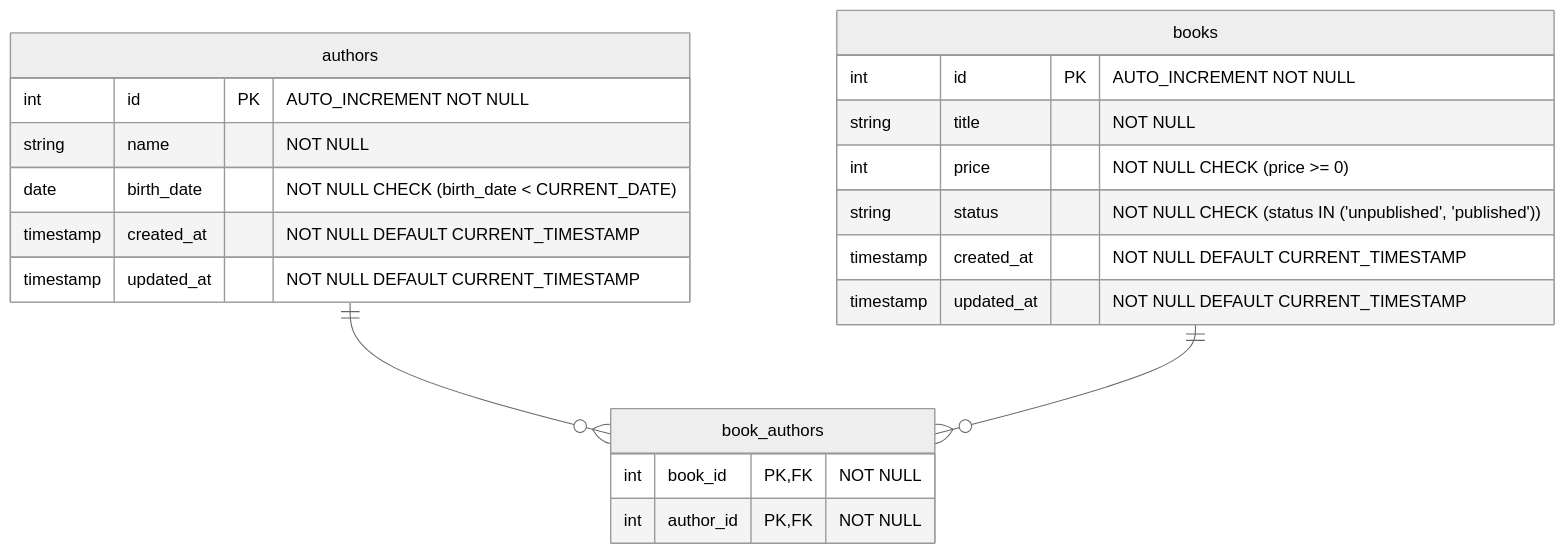
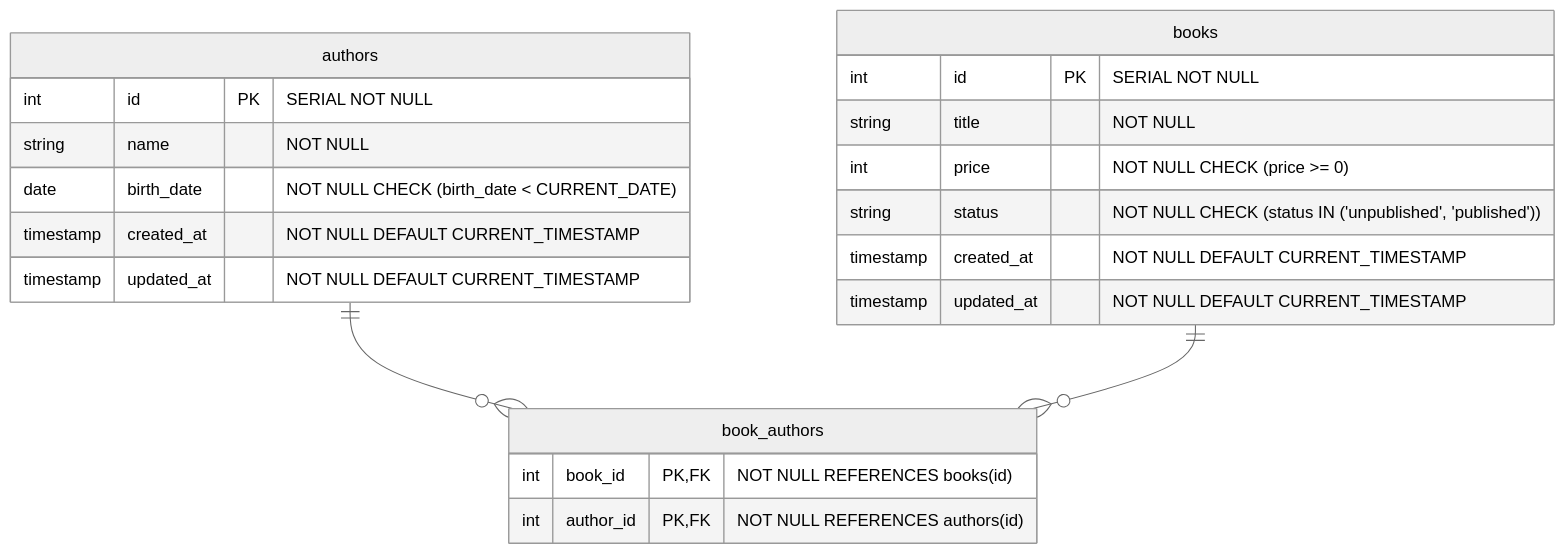
The diagram in er-diagram.md (busaiku0084/book-management-doc), drawn with Mermaid (neutral theme) before and after one commit.

Commit message:
docs: PostgreSQL用にカラム設定をカスタマイズ

````diff
--- a/er-diagram.md
+++ b/er-diagram.md
@@ -1,25 +1,25 @@
 ```mermaid
 erDiagram
     authors {
-        int id PK "AUTO_INCREMENT NOT NULL"
+        int id PK "SERIAL NOT NULL"
         string name "NOT NULL"
         date birth_date "NOT NULL CHECK (birth_date < CURRENT_DATE)"
         timestamp created_at "NOT NULL DEFAULT CURRENT_TIMESTAMP"
         timestamp updated_at "NOT NULL DEFAULT CURRENT_TIMESTAMP"
     }
     books {
-        int id PK "AUTO_INCREMENT NOT NULL"
+        int id PK "SERIAL NOT NULL"
         string title "NOT NULL"
         int price "NOT NULL CHECK (price >= 0)"
         string status "NOT NULL CHECK (status IN ('unpublished', 'published'))"
         timestamp created_at "NOT NULL DEFAULT CURRENT_TIMESTAMP"
         timestamp updated_at "NOT NULL DEFAULT CURRENT_TIMESTAMP"
     }
     book_authors {
-        int book_id PK, FK "NOT NULL"
-        int author_id PK, FK "NOT NULL"
+        int book_id PK, FK "NOT NULL REFERENCES books(id)"
+        int author_id PK, FK "NOT NULL REFERENCES authors(id)"
     }
 
     authors ||--o{ book_authors : ""
     books ||--o{ book_authors : ""
 ```
````
